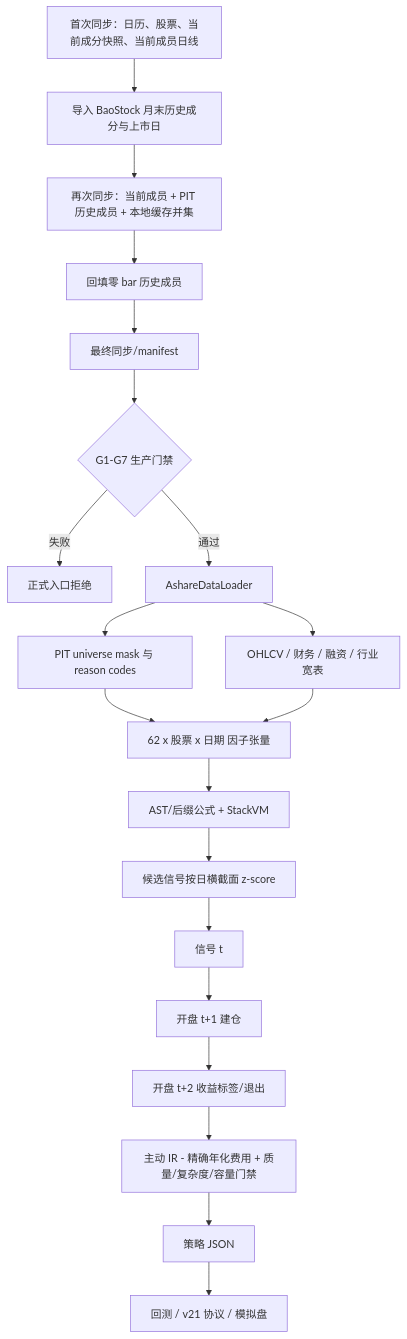
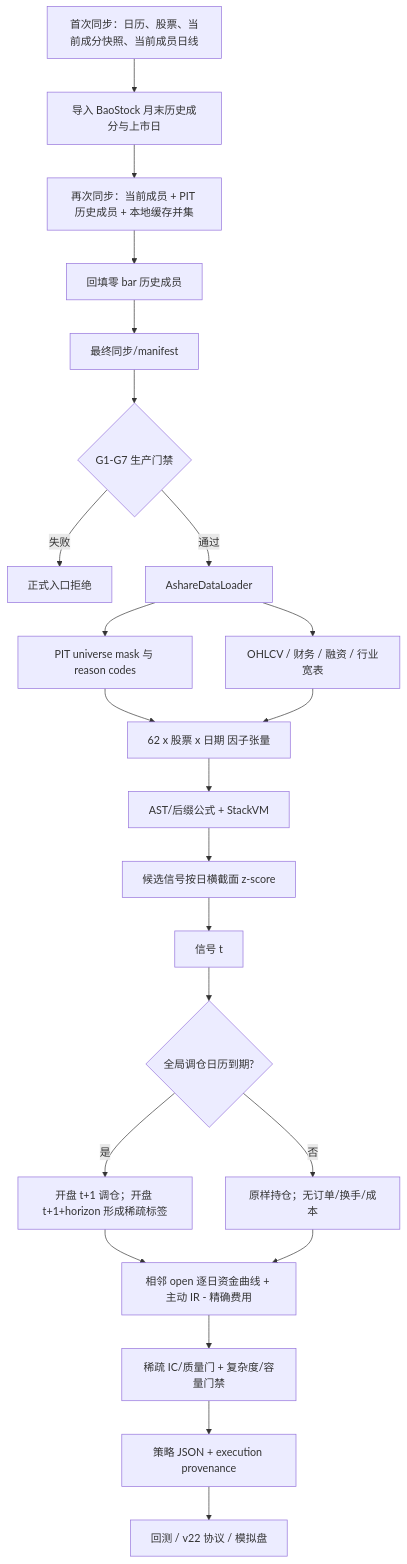
The third of 6 diagrams in docs/PROJECT_ONBOARDING.md (fanxxxks/N), drawn with Mermaid before and after one commit. The commit also changed other lines of this file and 25 other files, not shown here.

```diff
--- a/docs/PROJECT_ONBOARDING.md
+++ b/docs/PROJECT_ONBOARDING.md
@@ -297,22 +297,25 @@
 ~~~mermaid
 flowchart TD
     A[首次同步：日历、股票、当前成分快照、当前成员日线] --> B[导入 BaoStock 月末历史成分与上市日]
     B --> C[再次同步：当前成员 + PIT 历史成员 + 本地缓存并集]
     C --> D[回填零 bar 历史成员]
     D --> E[最终同步/manifest]
     E --> F{G1-G7 生产门禁}
     F -- 失败 --> X[正式入口拒绝]
     F -- 通过 --> G[AshareDataLoader]
     G --> H[PIT universe mask 与 reason codes]
     G --> I[OHLCV / 财务 / 融资 / 行业宽表]
     H --> J[62 x 股票 x 日期 因子张量]
     I --> J
     J --> K[AST/后缀公式 + StackVM]
     K --> L[候选信号按日横截面 z-score]
     L --> M[信号 t]
-    M --> N[开盘 t+1 建仓]
-    N --> O[开盘 t+2 收益标签/退出]
-    O --> P[主动 IR - 精确年化费用 + 质量/复杂度/容量门禁]
-    P --> Q[策略 JSON]
-    Q --> R[回测 / v21 协议 / 模拟盘]
+    M --> N{全局调仓日历到期?}
+    N -- 是 --> O[开盘 t+1 调仓；开盘 t+1+horizon 形成稀疏标签]
+    N -- 否 --> P[原样持仓；无订单/换手/成本]
+    O --> Q[相邻 open 逐日资金曲线 + 主动 IR - 精确费用]
+    P --> Q
+    Q --> S[稀疏 IC/质量门 + 复杂度/容量门禁]
+    S --> T[策略 JSON + execution provenance]
+    T --> R[回测 / v22 协议 / 模拟盘]
 ~~~
```
